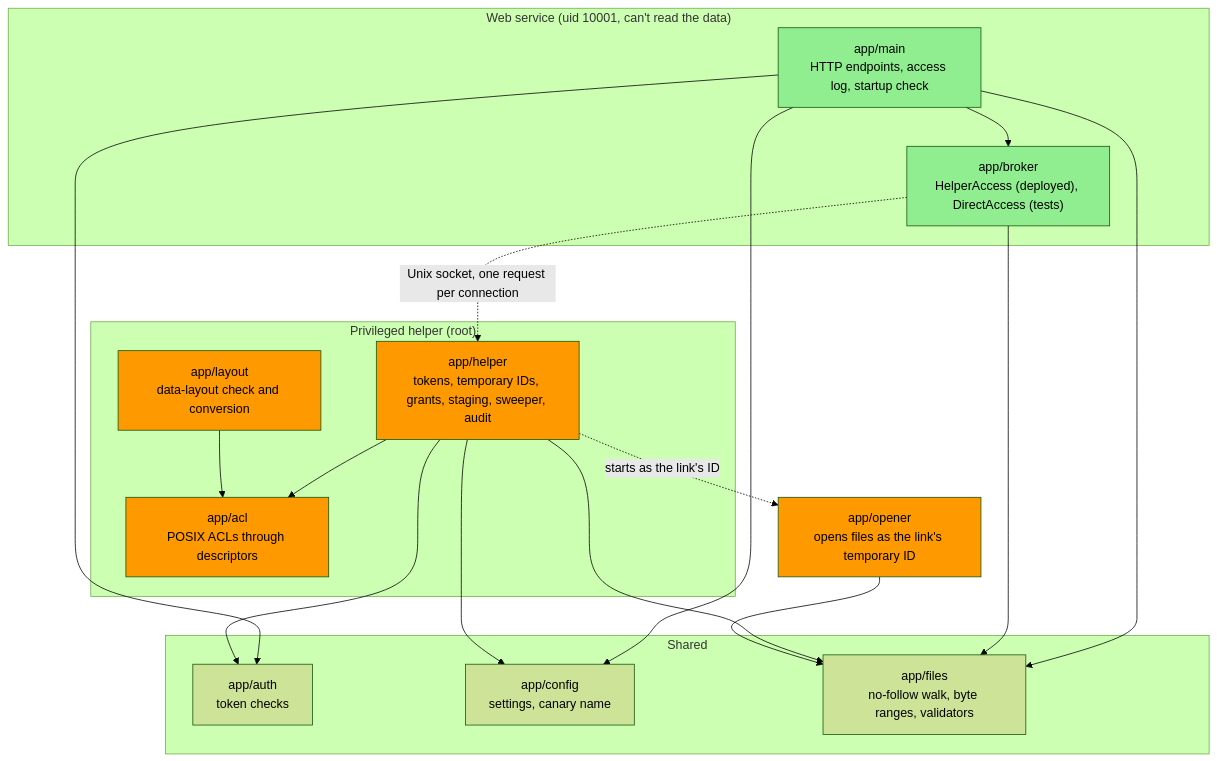
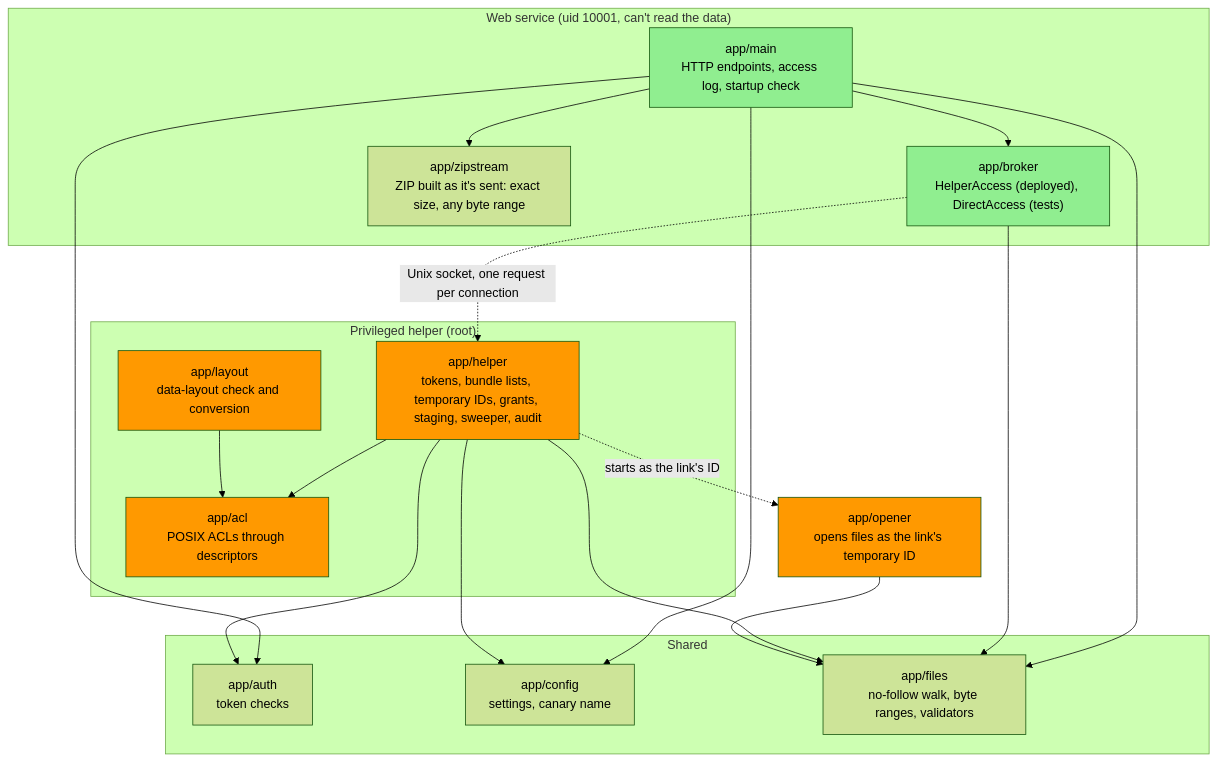
One commit to pmahon3/Data-Portal changed the second of 3 diagrams in docs/diagrams/posix-components.md. Above: the diagram before and after it, drawn with Mermaid (forest theme). The commit also changed other lines of this file and 20 other files, not shown here.

````diff
--- a/docs/diagrams/posix-components.md
+++ b/docs/diagrams/posix-components.md
@@ -66,41 +66,43 @@
 ```mermaid
 %% check: gateway-modules
 flowchart TB
     subgraph webside["Web service (uid 10001, can't read the data)"]
         main["app/main<br/>HTTP endpoints, access log, startup check"]
         broker["app/broker<br/>HelperAccess (deployed), DirectAccess (tests)"]
+        zipstream["app/zipstream<br/>ZIP built as it's sent: exact size, any byte range"]
     end
     subgraph shared["Shared"]
         auth["app/auth<br/>token checks"]
         config["app/config<br/>settings, canary name"]
         files["app/files<br/>no-follow walk, byte ranges, validators"]
     end
     subgraph privileged["Privileged helper (root)"]
-        helper["app/helper<br/>tokens, temporary IDs, grants, staging, sweeper, audit"]
+        helper["app/helper<br/>tokens, bundle lists, temporary IDs, grants, staging, sweeper, audit"]
         acl["app/acl<br/>POSIX ACLs through descriptors"]
         layout["app/layout<br/>data-layout check and conversion"]
     end
     opener["app/opener<br/>opens files as the link's temporary ID"]
 
     main --> auth
     main --> broker
     main --> config
     main --> files
+    main --> zipstream
     broker --> files
     helper --> acl
     helper --> auth
     helper --> config
     helper --> files
     layout --> acl
     opener --> files
 
     broker -. "Unix socket, one request per connection" .-> helper
     helper -. "starts as the link's ID" .-> opener
 
     style main fill:#90EE90
     style broker fill:#90EE90
     style helper fill:#FF9900
     style acl fill:#FF9900
     style layout fill:#FF9900
     style opener fill:#FF9900
 ```
````
